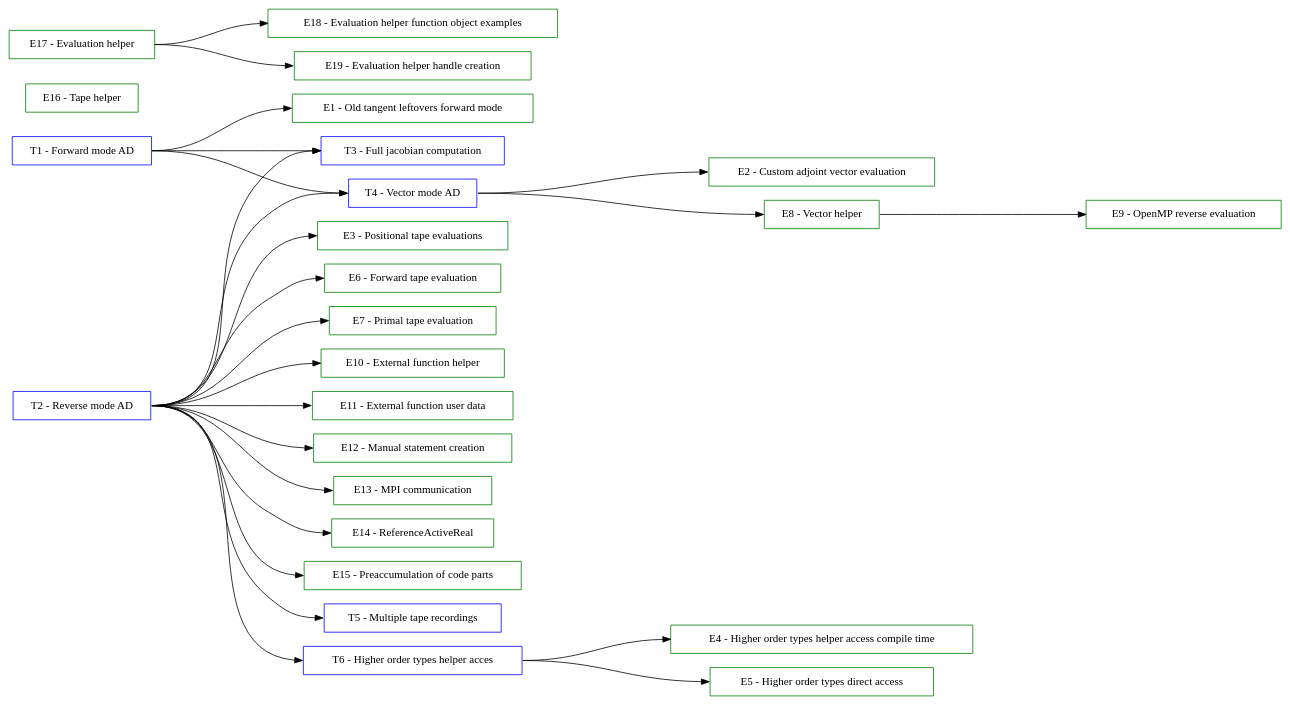
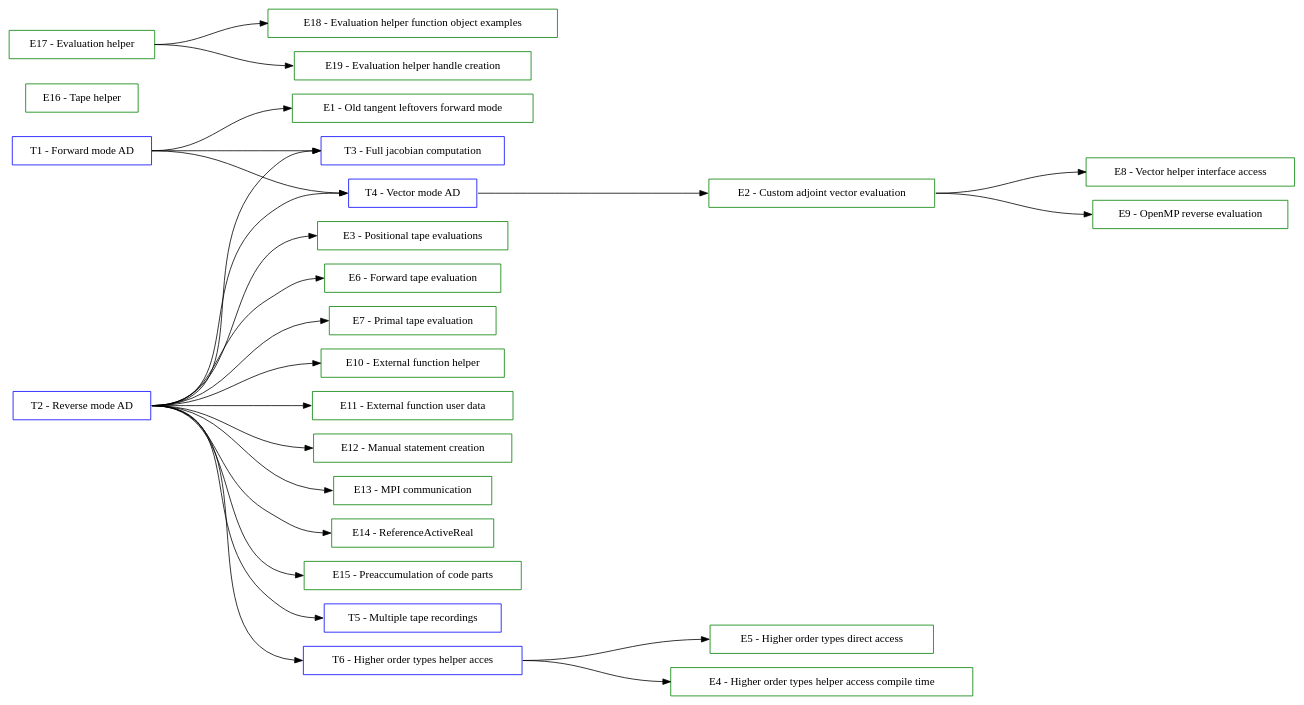
The diagram in documentation/user/TutorialsGraph.dot (SciCompKL/CoDiPack), drawn with Graphviz before and after one commit. The commit also changed 8 other files, not shown here.

```diff
--- a/documentation/user/TutorialsGraph.dot
+++ b/documentation/user/TutorialsGraph.dot
@@ -1,83 +1,83 @@
 digraph Tutorials {
   rankdir=LR;
   ranksep=2;
 
   // Tutorial nodes
   node [shape=box color=blue];
   T01 [label="T1 - Forward mode AD"];
 
   T02 [label="T2 - Reverse mode AD"];
 
   T03 [label="T3 - Full jacobian computation"];
 
   T04 [label="T4 - Vector mode AD"];
 
   T05 [label="T5 - Multiple tape recordings"];
 
   T06 [label="T6 - Higher order types helper acces"];
 
   // Example nodes
   node [shape=box color=green];
   E01 [label="E1 - Old tangent leftovers forward mode"];
 
   E02 [label="E2 - Custom adjoint vector evaluation"];
 
   E03 [label="E3 - Positional tape evaluations"];
 
   E04 [label="E4 - Higher order types helper access compile time"];
 
   E05 [label="E5 - Higher order types direct access"];
 
   E06 [label="E6 - Forward tape evaluation"];
 
   E07 [label="E7 - Primal tape evaluation"];
 
-  E08 [label="E8 - Vector helper"];
+  E08 [label="E8 - Vector helper interface access"];
 
   E09 [label="E9 - OpenMP reverse evaluation"];
 
   E10 [label="E10 - External function helper"];
 
   E11 [label="E11 - External function user data"];
 
   E12 [label="E12 - Manual statement creation"];
 
   E13 [label="E13 - MPI communication"];
 
   E14 [label="E14 - ReferenceActiveReal"];
 
   E15 [label="E15 - Preaccumulation of code parts"];
 
   E16 [label="E16 - Tape helper"];
 
   E17 [label="E17 - Evaluation helper"];
 
   E18 [label="E18 - Evaluation helper function object examples"];
 
   E19 [label="E19 - Evaluation helper handle creation"];
 
   // Edges (sorted)
-  E08:e -> E09:w;
+  E02:e -> E08:w;
+  E02:e -> E09:w;
+  E17:e -> E18:w;
+  E17:e -> E19:w;
   T01:e -> E01:w;
   T01:e -> T03:w;
   T01:e -> T04:w;
   T02:e -> E03:w;
   T02:e -> E06:w;
   T02:e -> E07:w;
   T02:e -> E10:w;
   T02:e -> E11:w;
   T02:e -> E12:w;
   T02:e -> E13:w;
   T02:e -> E14:w;
   T02:e -> E15:w;
   T02:e -> T03:w;
   T02:e -> T04:w;
   T02:e -> T05:w;
   T02:e -> T06:w;
   T04:e -> E02:w;
-  T04:e -> E08:w;
   T06:e -> E04:w;
   T06:e -> E05:w;
-  E17:e -> E18:w;
-  E17:e -> E19:w;
 }
```
